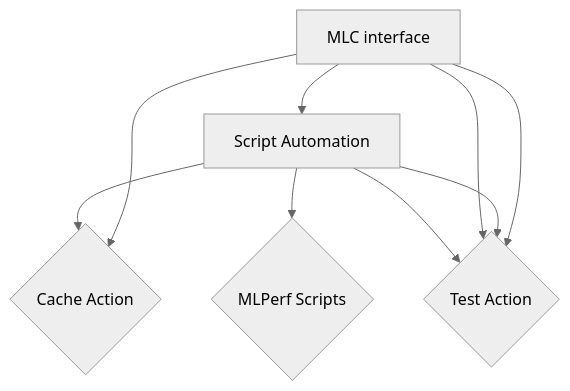
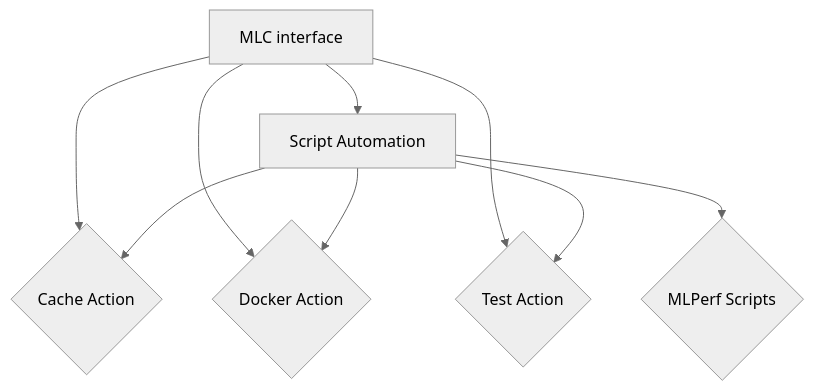
One commit to mlcommons/mlperf-automations changed the diagram in flow.md. Above: the diagram before and after it, drawn with Mermaid (neutral theme).

````diff
--- a/flow.md
+++ b/flow.md
@@ -3,11 +3,11 @@
 ```mermaid
 flowchart TD
     A[MLC interface] --> B{Script Automation}
     A[MLC interface] --> C{Cache Action}
     B[Script Automation] --> C{Cache Action}
     A[MLC interface] --> E{Docker Action}
     B[Script Automation] --> E{Docker Action}
-    A[MLC interface] --> E{Test Action}
-    B[Script Automation] --> E{Test Action}
+    A[MLC interface] --> F{Test Action}
+    B[Script Automation] --> F{Test Action}
     B[Script Automation] --> D{MLPerf Scripts}
 ```
````
